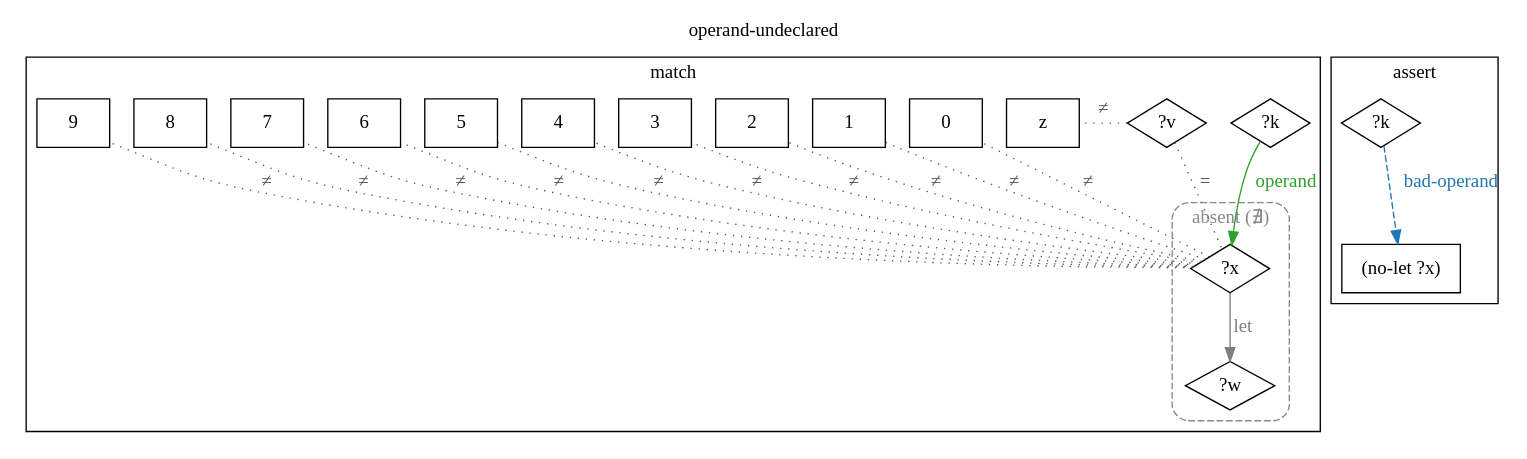
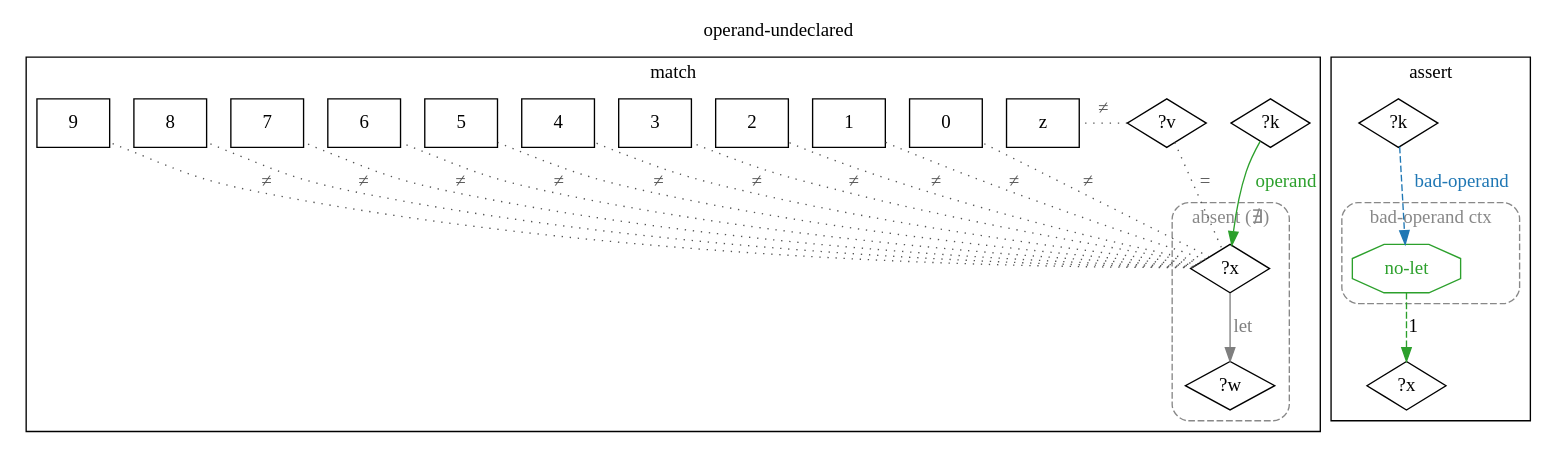
The diagram in docs/ein/user/04-reference/04-stdlib/diagrams/09-std.math.decimal-arith.operand-undeclared.dot (agutikov/ein), drawn with Graphviz before and after one commit. The commit also changed 691 other files, not shown here.

```diff
--- a/docs/ein/user/04-reference/04-stdlib/diagrams/09-std.math.decimal-arith.operand-undeclared.dot
+++ b/docs/ein/user/04-reference/04-stdlib/diagrams/09-std.math.decimal-arith.operand-undeclared.dot
@@ -1,43 +1,48 @@
 digraph rule_operand_undeclared_lhs_rhs {
   rankdir=TB;
   label="operand-undeclared"; labelloc=t;
   subgraph cluster_lhs { label="match";
     "?k_L" [label="?k", shape=diamond];
     "?x_L" [label="?x", shape=diamond];
     "?v_L" [label="?v", shape=diamond];
     "z_L" [label="z", shape=rectangle];
     "0_L" [label="0", shape=rectangle];
     "1_L" [label="1", shape=rectangle];
     "2_L" [label="2", shape=rectangle];
     "3_L" [label="3", shape=rectangle];
     "4_L" [label="4", shape=rectangle];
     "5_L" [label="5", shape=rectangle];
     "6_L" [label="6", shape=rectangle];
     "7_L" [label="7", shape=rectangle];
     "8_L" [label="8", shape=rectangle];
     "9_L" [label="9", shape=rectangle];
     "?k_L" -> "?x_L" [label="operand", color="#2ca02c", fontcolor="#2ca02c"];
     "?v_L" -> "z_L" [label="≠", dir=none, style=dotted, color="#555555", fontcolor="#555555", constraint=false];
     "?v_L" -> "?x_L" [label="=", dir=none, style=dotted, color="#555555", fontcolor="#555555", constraint=false];
     "?x_L" -> "0_L" [label="≠", dir=none, style=dotted, color="#555555", fontcolor="#555555", constraint=false];
     "?x_L" -> "1_L" [label="≠", dir=none, style=dotted, color="#555555", fontcolor="#555555", constraint=false];
     "?x_L" -> "2_L" [label="≠", dir=none, style=dotted, color="#555555", fontcolor="#555555", constraint=false];
     "?x_L" -> "3_L" [label="≠", dir=none, style=dotted, color="#555555", fontcolor="#555555", constraint=false];
     "?x_L" -> "4_L" [label="≠", dir=none, style=dotted, color="#555555", fontcolor="#555555", constraint=false];
     "?x_L" -> "5_L" [label="≠", dir=none, style=dotted, color="#555555", fontcolor="#555555", constraint=false];
     "?x_L" -> "6_L" [label="≠", dir=none, style=dotted, color="#555555", fontcolor="#555555", constraint=false];
     "?x_L" -> "7_L" [label="≠", dir=none, style=dotted, color="#555555", fontcolor="#555555", constraint=false];
     "?x_L" -> "8_L" [label="≠", dir=none, style=dotted, color="#555555", fontcolor="#555555", constraint=false];
     "?x_L" -> "9_L" [label="≠", dir=none, style=dotted, color="#555555", fontcolor="#555555", constraint=false];
     subgraph cluster_absent_L_0 {
       label="absent (∄)"; style="dashed,rounded"; color="#888888"; fontcolor="#888888";
       "?w_L" [label="?w", shape=diamond];
       "?x_L" -> "?w_L" [label="let", color="#7f7f7f", fontcolor="#7f7f7f"];
     }
   }
   subgraph cluster_rhs { label="assert";
     "?k_R" [label="?k", shape=diamond];
-    "(no-let ?x)_R" [label="(no-let ?x)", shape=rectangle];
+    "?x_R" [label="?x", shape=diamond];
+    subgraph cluster_ctx_R_0 {
+      label="bad-operand ctx"; style="dashed,rounded"; color="#888888"; fontcolor="#888888";
+      "(no-let ?x)_R" [shape=octagon, label="no-let", color="#2ca02c", fontcolor="#2ca02c"];
+    }
     "?k_R" -> "(no-let ?x)_R" [label="bad-operand", color="#1f77b4", fontcolor="#1f77b4", style=dashed];
+    "(no-let ?x)_R" -> "?x_R" [label="1", color="#2ca02c", style=dashed];
   }
 }
```
